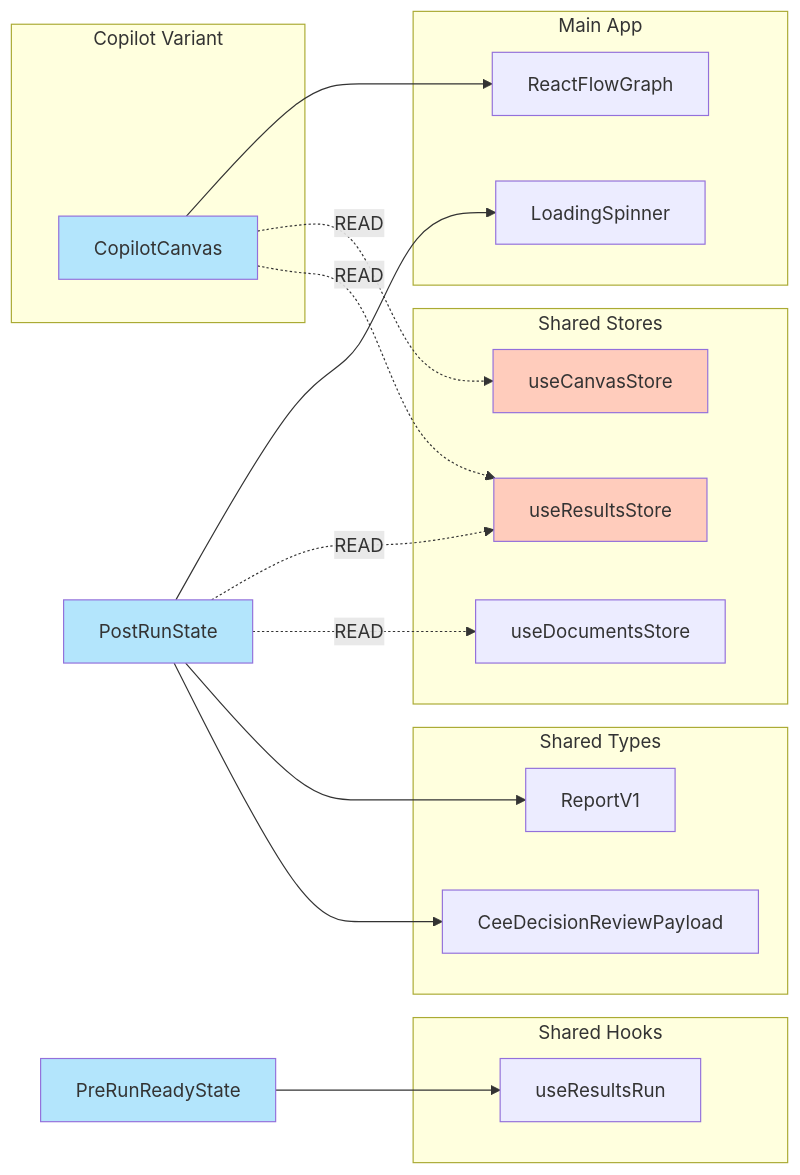
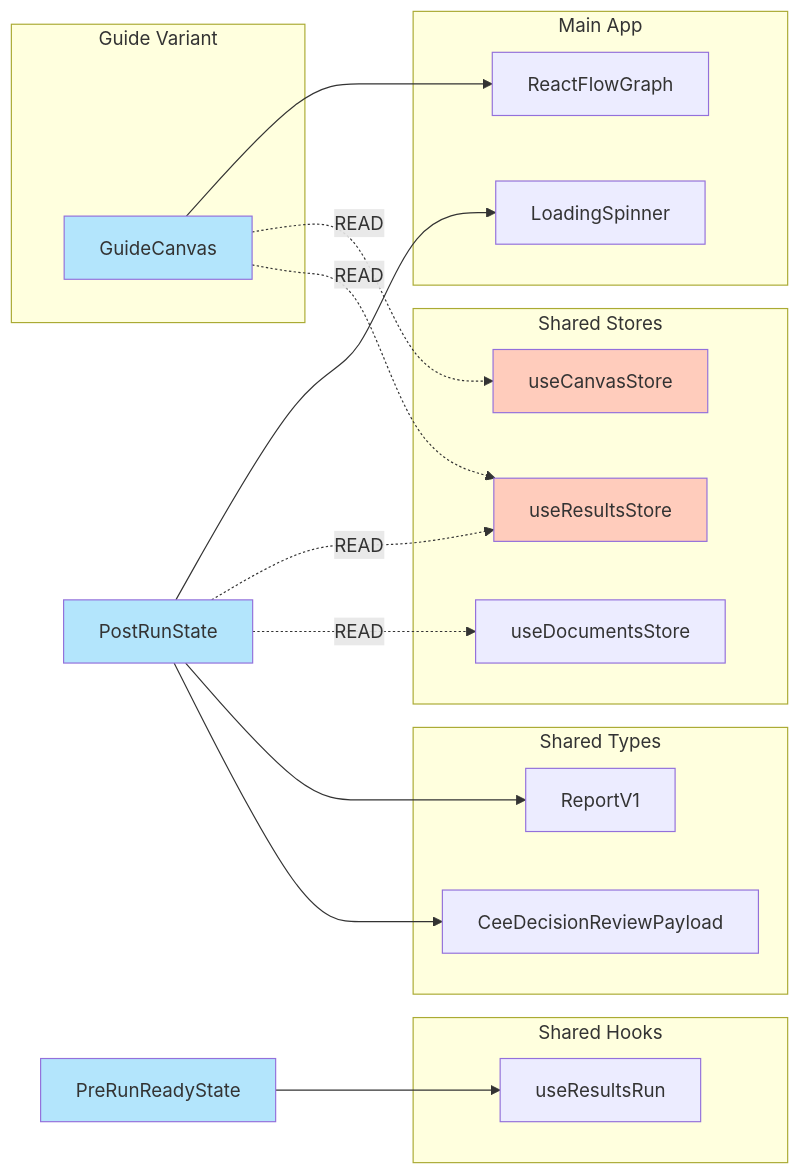
The ninth of 11 diagrams in src/pages/sandbox-guide/ARCHITECTURE.md (Talchain/DecisionGuideAI), drawn with Mermaid before and after one commit. The commit also changed other lines of this file and 32 other files, not shown here.

First line of the commit message:
refactor(guide): update all file contents from Copilot to Guide

````diff
--- a/src/pages/sandbox-guide/ARCHITECTURE.md
+++ b/src/pages/sandbox-guide/ARCHITECTURE.md
@@ -467,45 +467,45 @@
 ```mermaid
 graph LR
-    subgraph "Copilot Variant"
-        Canvas[CopilotCanvas]
+    subgraph "Guide Variant"
+        Canvas[GuideCanvas]
     end
 
     subgraph "Main App"
         RFG[ReactFlowGraph]
         LoadingSpin[LoadingSpinner]
     end
 
     subgraph "Shared Stores"
         CanvasStore[useCanvasStore]
         ResultsStore[useResultsStore]
         DocsStore[useDocumentsStore]
     end
 
     subgraph "Shared Hooks"
         ResultsRun[useResultsRun]
     end
 
     subgraph "Shared Types"
         ReportV1[ReportV1]
         CEEPayload[CeeDecisionReviewPayload]
     end
 
     Canvas --> RFG
     Canvas -.READ.-> CanvasStore
     Canvas -.READ.-> ResultsStore
 
     PostRun[PostRunState] --> LoadingSpin
     PostRun -.READ.-> ResultsStore
     PostRun -.READ.-> DocsStore
 
     PreReady[PreRunReadyState] --> ResultsRun
 
     PostRun --> ReportV1
     PostRun --> CEEPayload
 
     style Canvas fill:#b3e5fc
     style PostRun fill:#b3e5fc
     style PreReady fill:#b3e5fc
     style CanvasStore fill:#ffccbc
     style ResultsStore fill:#ffccbc
 ```
````
